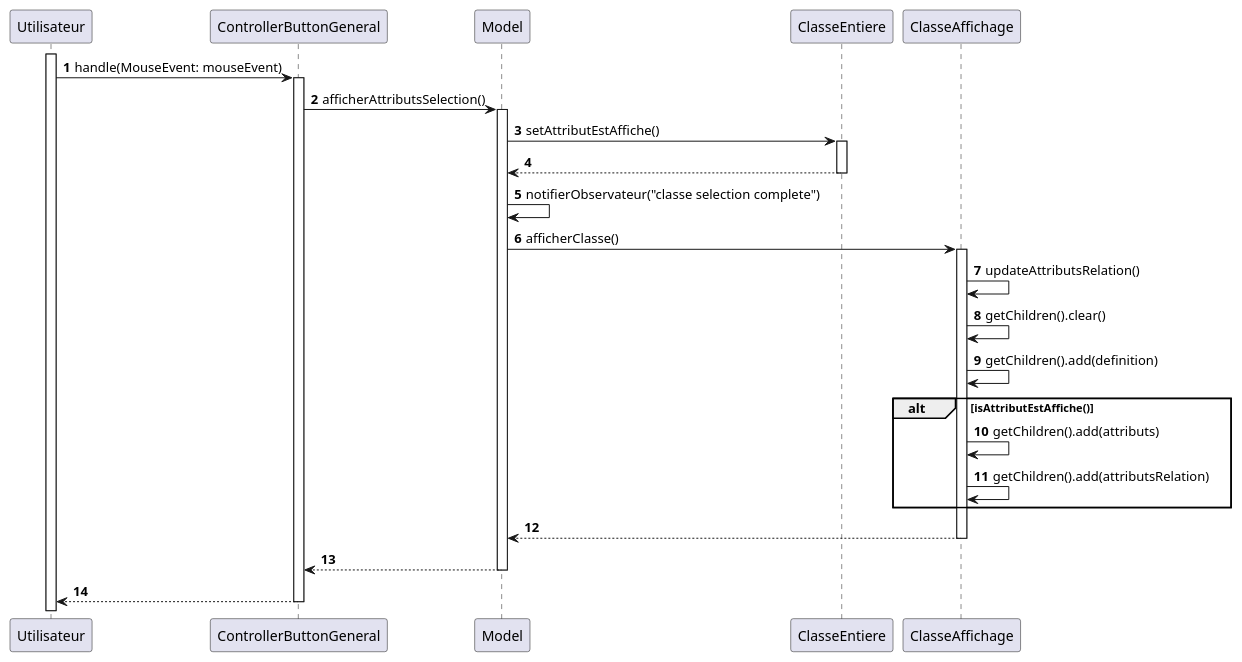
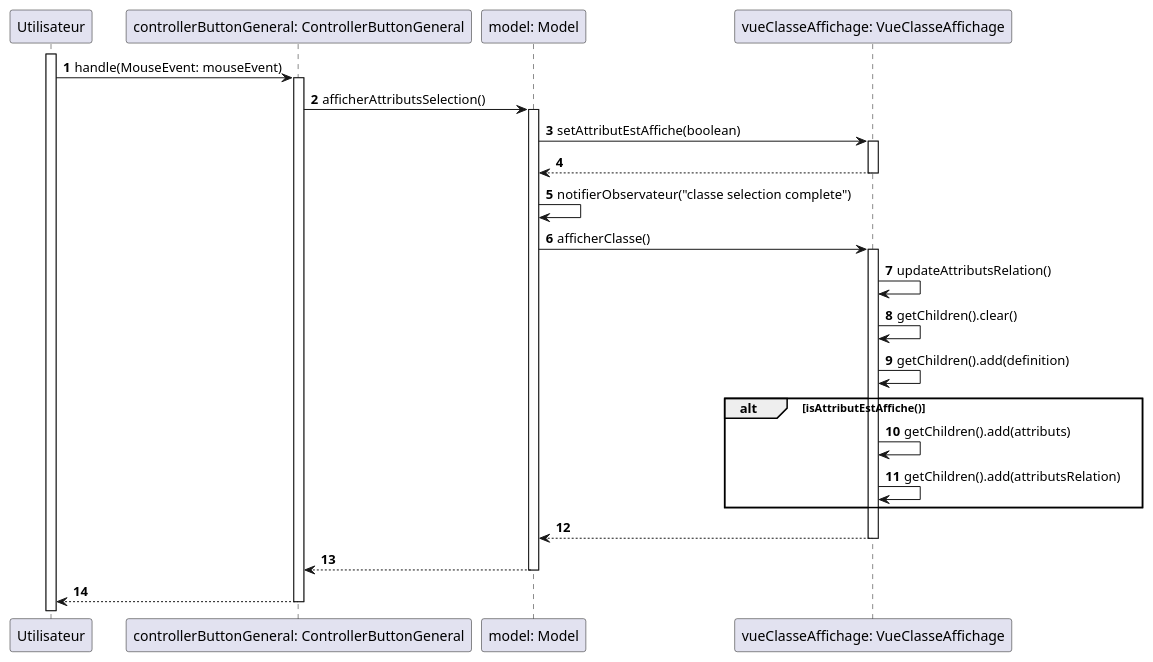
Before and after one commit to Flotss/ObjectAidJava: the diagram in objectAid/docs/Iteration3/Diagramme/diagrammeAfficherAttributsClasseSequence.puml, drawn with PlantUML. The commit also changed 4 other files, not shown here.

Commit message:
ajout diagramme sprint 4 et modif sprint precedent

```diff
--- a/objectAid/docs/Iteration3/Diagramme/diagrammeAfficherAttributsClasseSequence.puml
+++ b/objectAid/docs/Iteration3/Diagramme/diagrammeAfficherAttributsClasseSequence.puml
@@ -1,40 +1,39 @@
 @startuml
 
 autonumber
 
 participant "Utilisateur" as user
-participant "ControllerButtonGeneral" as controller
-participant "Model" as model
-participant "ClasseEntiere" as classe
-participant "ClasseAffichage" as classeAffichage
+participant "controllerButtonGeneral: ControllerButtonGeneral" as controller
+participant "model: Model" as model
+participant "vueClasseAffichage: VueClasseAffichage" as classe
 
 activate user
 user -> controller : handle(MouseEvent: mouseEvent)
 activate controller
 controller -> model : afficherAttributsSelection()
 activate model
-'foreach classes in model.getClasses() and do something
-model -> classe : setAttributEstAffiche()
+
+model -> classe : setAttributEstAffiche(boolean)
 activate classe
 classe --> model
 deactivate classe
 
 
 model -> model : notifierObservateur("classe selection complete")
-model -> classeAffichage : afficherClasse()
-activate classeAffichage
-classeAffichage -> classeAffichage : updateAttributsRelation()
-classeAffichage -> classeAffichage : getChildren().clear()
-classeAffichage -> classeAffichage : getChildren().add(definition)
+model -> classe : afficherClasse()
+activate classe
+classe -> classe : updateAttributsRelation()
+classe -> classe : getChildren().clear()
+classe -> classe : getChildren().add(definition)
 alt isAttributEstAffiche()
-classeAffichage -> classeAffichage : getChildren().add(attributs)
-classeAffichage -> classeAffichage : getChildren().add(attributsRelation)
+classe -> classe : getChildren().add(attributs)
+classe -> classe : getChildren().add(attributsRelation)
 end alt
-classeAffichage --> model
-deactivate classeAffichage
+classe --> model
+deactivate classe
 model --> controller
 deactivate model
 controller --> user
 deactivate controller
 
 @enduml
```
